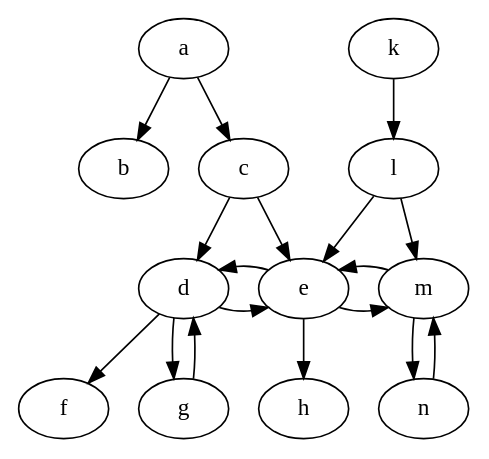
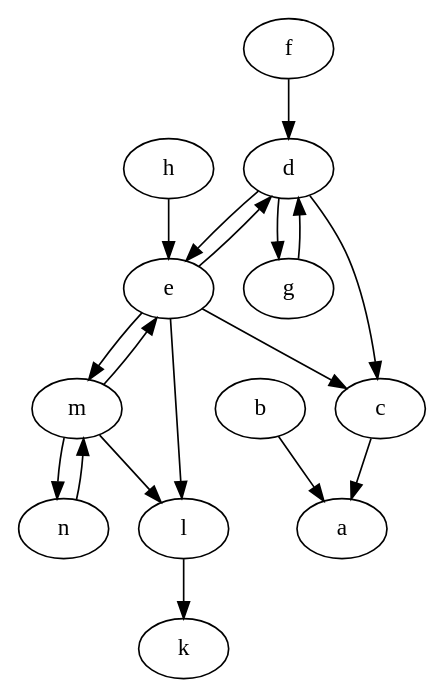
Before and after one commit to idaks/Games-and-Argumentation: the diagram in output/uncolored_graph.dot, drawn with Graphviz. The commit also changed 12 other files, not shown here.

```diff
--- a/output/uncolored_graph.dot
+++ b/output/uncolored_graph.dot
@@ -1,20 +1,19 @@
 strict digraph "" {
-	a -> b;
-	a -> c;
-	c -> d;
-	c -> e;
-	k -> l;
-	l -> e;
-	l -> m;
+	b -> a;
+	c -> a;
+	l -> k;
+	d -> c;
 	d -> e;
-	d -> f;
 	d -> g;
+	e -> c;
+	e -> l;
 	e -> d;
 	e -> m;
-	e -> h;
+	m -> l;
 	m -> e;
 	m -> n;
+	f -> d;
 	g -> d;
+	h -> e;
 	n -> m;
-{rank=same; "d" "e" "m"}
 }
```
